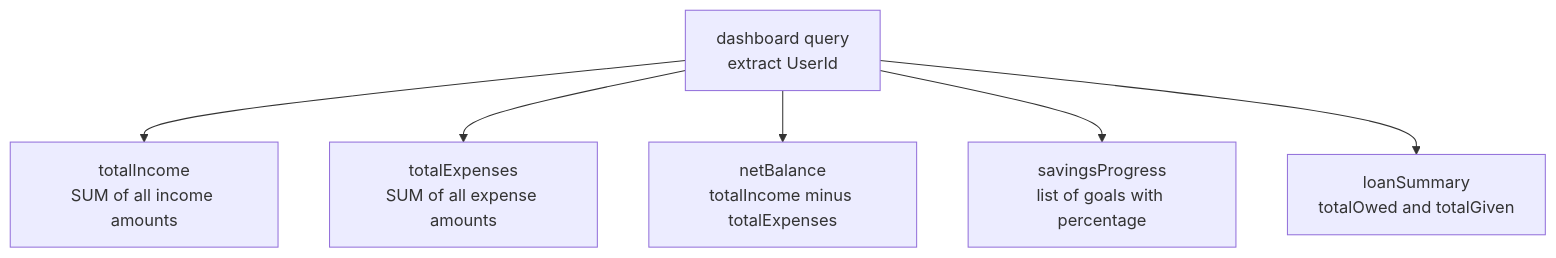
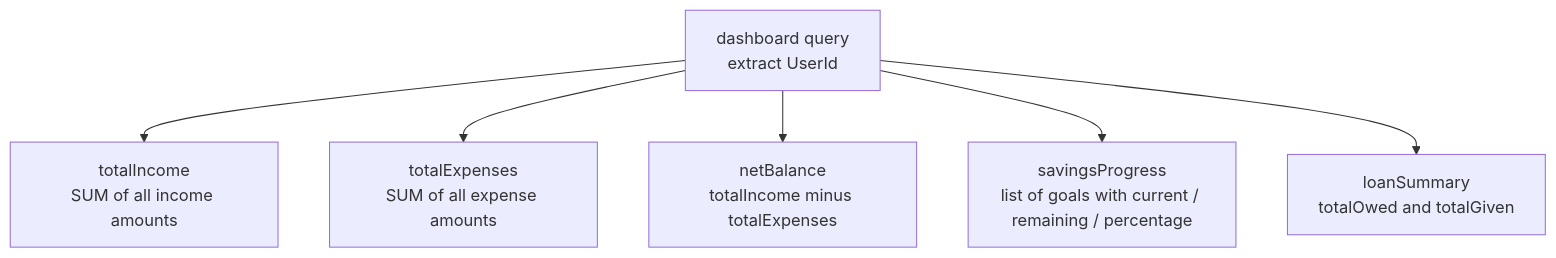
One commit to dev-personal-projects/vela changed the tenth of 12 diagrams in docs/phases/PHASE-4-graphql-api.md. Above: the diagram before and after it, drawn with Mermaid. The commit also changed 11 other files, not shown here.

First line of the commit message:
✨ feat: add remaining amount to savings goals in GraphQL API

````diff
--- a/docs/phases/PHASE-4-graphql-api.md
+++ b/docs/phases/PHASE-4-graphql-api.md
@@ -240,10 +240,10 @@
 ```mermaid
 flowchart TD
     DQ[dashboard query\nextract UserId]
 
     DQ --> TI[totalIncome\nSUM of all income amounts]
     DQ --> TE[totalExpenses\nSUM of all expense amounts]
     DQ --> NB[netBalance\ntotalIncome minus totalExpenses]
-    DQ --> SP[savingsProgress\nlist of goals with percentage]
+    DQ --> SP[savingsProgress\nlist of goals with current / remaining / percentage]
     DQ --> LS[loanSummary\ntotalOwed and totalGiven]
 ```
````
